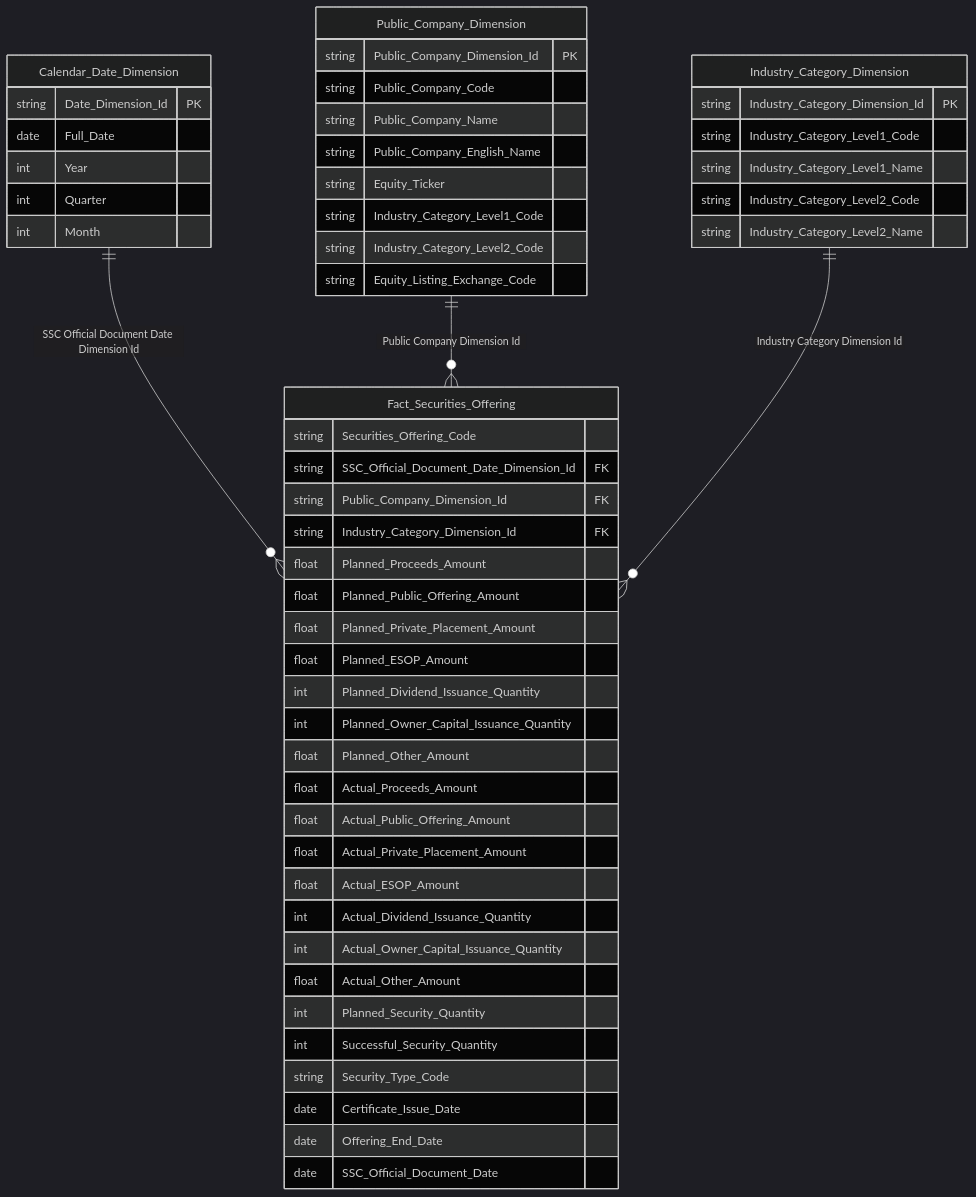
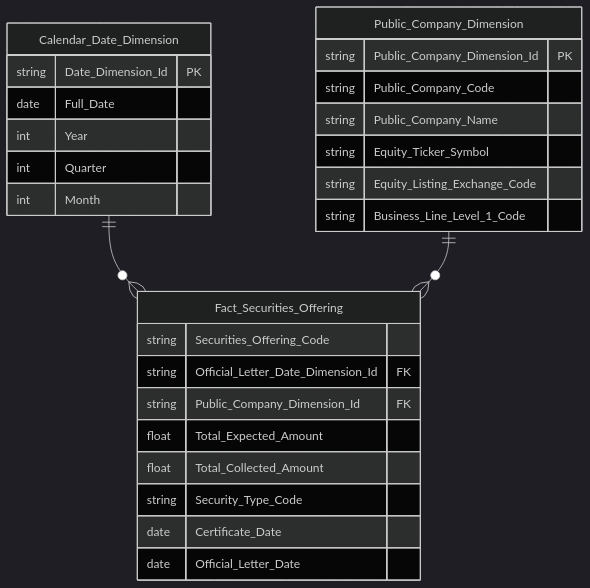
Before and after one commit to linhlvit/ubck_atomic_design: the fourth of 21 diagrams in Datamart/hld/DTM_QLCB_HLD.md, drawn with Mermaid (dark theme). The commit also changed other lines of this file and 4 other files, not shown here.

````diff
--- a/Datamart/hld/DTM_QLCB_HLD.md
+++ b/Datamart/hld/DTM_QLCB_HLD.md
@@ -179,57 +211,31 @@
 ```mermaid
 erDiagram
     Calendar_Date_Dimension {
         string Date_Dimension_Id PK
         date Full_Date
         int Year
         int Quarter
         int Month
     }
     Public_Company_Dimension {
         string Public_Company_Dimension_Id PK
         string Public_Company_Code
         string Public_Company_Name
-        string Public_Company_English_Name
-        string Equity_Ticker
-        string Industry_Category_Level1_Code
-        string Industry_Category_Level2_Code
+        string Equity_Ticker_Symbol
         string Equity_Listing_Exchange_Code
-    }
-    Industry_Category_Dimension {
-        string Industry_Category_Dimension_Id PK
-        string Industry_Category_Level1_Code
-        string Industry_Category_Level1_Name
-        string Industry_Category_Level2_Code
-        string Industry_Category_Level2_Name
+        string Business_Line_Level_1_Code
     }
     Fact_Securities_Offering {
         string Securities_Offering_Code
-        string SSC_Official_Document_Date_Dimension_Id FK
+        string Official_Letter_Date_Dimension_Id FK
         string Public_Company_Dimension_Id FK
-        string Industry_Category_Dimension_Id FK
-        float Planned_Proceeds_Amount
-        float Planned_Public_Offering_Amount
-        float Planned_Private_Placement_Amount
-        float Planned_ESOP_Amount
-        int Planned_Dividend_Issuance_Quantity
-        int Planned_Owner_Capital_Issuance_Quantity
-        float Planned_Other_Amount
-        float Actual_Proceeds_Amount
-        float Actual_Public_Offering_Amount
-        float Actual_Private_Placement_Amount
-        float Actual_ESOP_Amount
-        int Actual_Dividend_Issuance_Quantity
-        int Actual_Owner_Capital_Issuance_Quantity
-        float Actual_Other_Amount
-        int Planned_Security_Quantity
-        int Successful_Security_Quantity
+        float Total_Expected_Amount
+        float Total_Collected_Amount
         string Security_Type_Code
-        date Certificate_Issue_Date
-        date Offering_End_Date
-        date SSC_Official_Document_Date
+        date Certificate_Date
+        date Official_Letter_Date
     }
 
-    Calendar_Date_Dimension ||--o{ Fact_Securities_Offering : "SSC Official Document Date Dimension Id"
-    Public_Company_Dimension ||--o{ Fact_Securities_Offering : "Public Company Dimension Id"
-    Industry_Category_Dimension ||--o{ Fact_Securities_Offering : "Industry Category Dimension Id"
+    Calendar_Date_Dimension ||--o{ Fact_Securities_Offering : " "
+    Public_Company_Dimension ||--o{ Fact_Securities_Offering : " "
 ```
````
